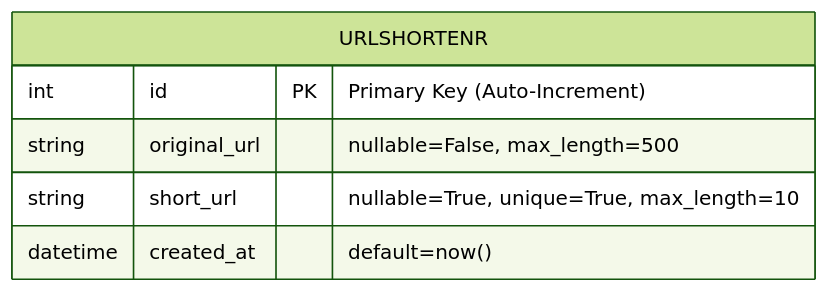
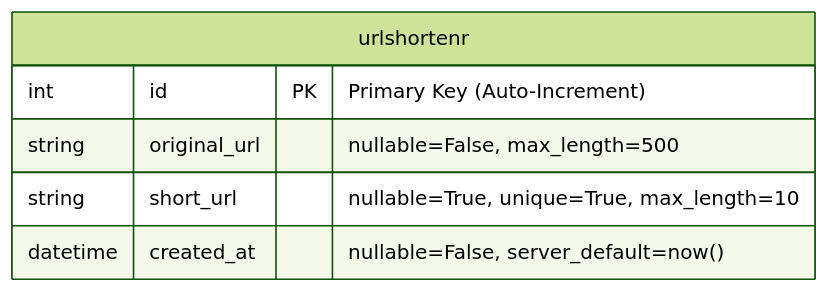
One commit to ci-sumi/NanoURL changed the second of 2 diagrams in README.md. Above: the diagram before and after it, drawn with Mermaid (forest theme). The commit also changed other lines of this file, not shown here.

Commit message:
docs: update workflow diagram and database schema details in README

````diff
--- a/README.md
+++ b/README.md
@@ -65,9 +65,9 @@
 ```mermaid
 erDiagram
-    URLSHORTENR {
+    urlshortenr {
         int id PK "Primary Key (Auto-Increment)"
         string original_url "nullable=False, max_length=500"
         string short_url "nullable=True, unique=True, max_length=10"
-        datetime created_at "default=now()"
+        datetime created_at "nullable=False, server_default=now()"
     }
 ```
````
